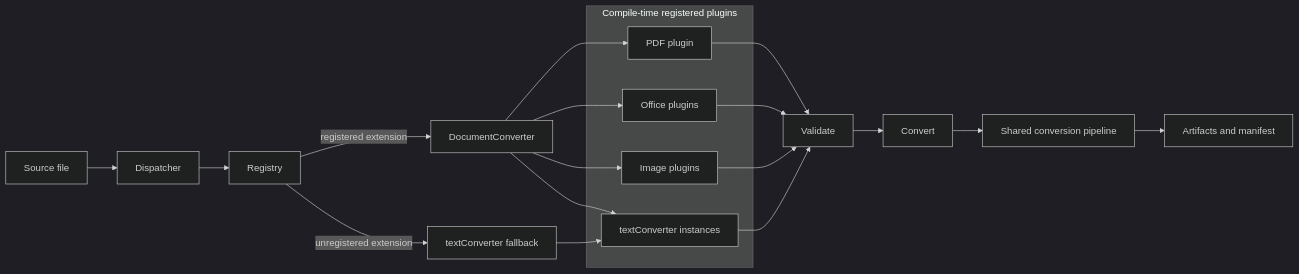
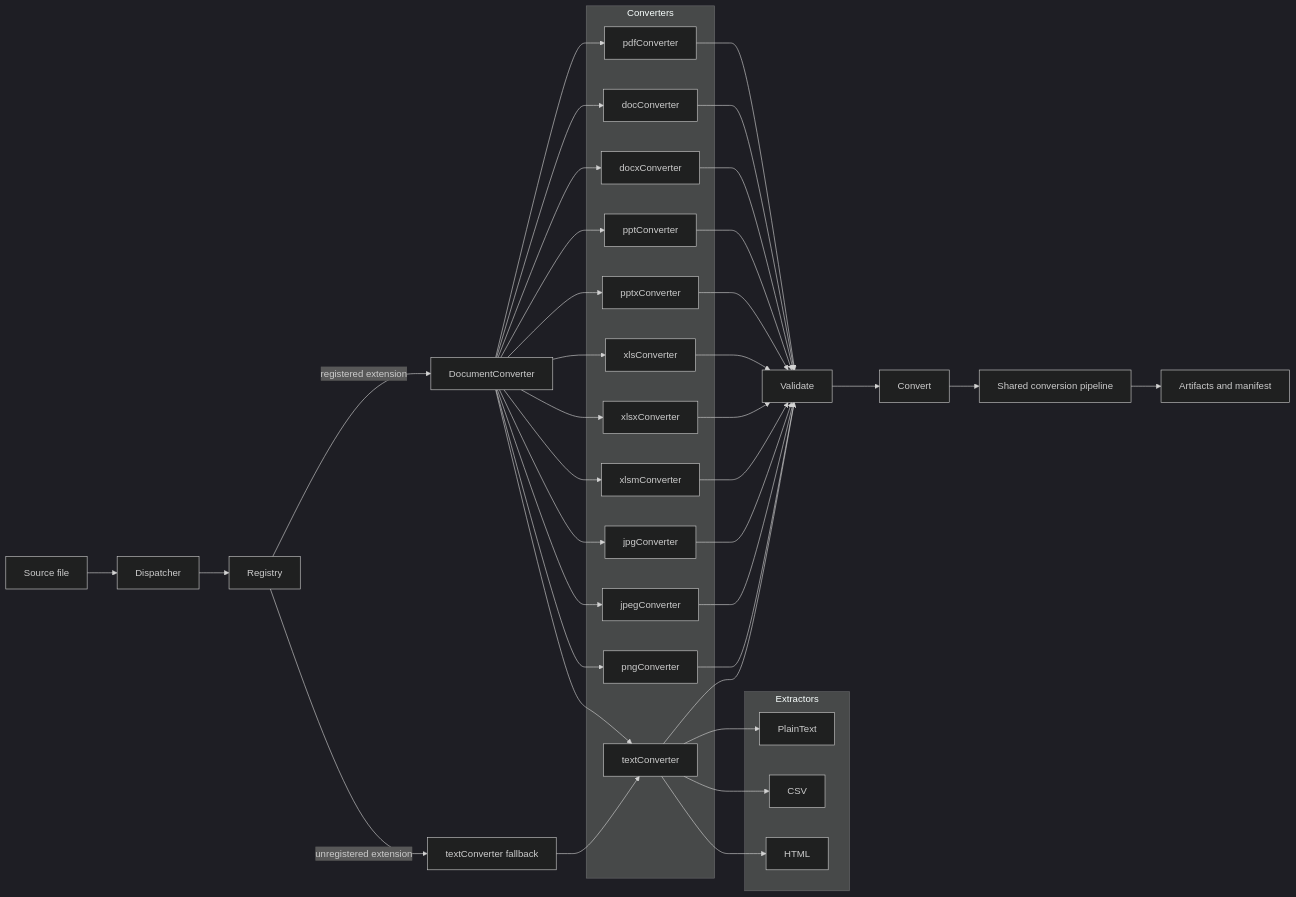
The second of 4 diagrams in DESIGN.md (mochizuki875/llm-file-gateway), drawn with Mermaid (dark theme) before and after one commit. The commit also changed other lines of this file and 9 other files, not shown here.

````diff
--- a/DESIGN.md
+++ b/DESIGN.md
@@ -78,28 +96,63 @@
 ```mermaid
 flowchart LR
   S[Source file] --> D[Dispatcher]
   D --> R[Registry]
   R -->|registered extension| P[DocumentConverter]
   R -->|unregistered extension| T[textConverter fallback]
 
-  subgraph Plugins[Compile-time registered plugins]
-    PDF[PDF plugin]
-    Office[Office plugins]
-    Image[Image plugins]
-    Text[textConverter instances]
+  subgraph Plugins[Converters]
+    PDF[pdfConverter]
+    DOC[docConverter]
+    DOCX[docxConverter]
+    PPT[pptConverter]
+    PPTX[pptxConverter]
+    XLS[xlsConverter]
+    XLSX[xlsxConverter]
+    XLSM[xlsmConverter]
+    JPG[jpgConverter]
+    JPEG[jpegConverter]
+    PNG[pngConverter]
+    Text[textConverter]
   end
 
   P --> PDF
-  P --> Office
-  P --> Image
+  P --> DOC
+  P --> DOCX
+  P --> PPT
+  P --> PPTX
+  P --> XLS
+  P --> XLSX
+  P --> XLSM
+  P --> JPG
+  P --> JPEG
+  P --> PNG
   P --> Text
   T --> Text
 
   PDF --> V[Validate]
-  Office --> V
-  Image --> V
-  Text --> V
+  DOC --> V[Validate]
+  DOCX --> V[Validate]
+  PPT --> V[Validate]
+  PPTX --> V[Validate]
+  XLS --> V[Validate]
+  XLSX --> V[Validate]
+  XLSM --> V[Validate]
+  JPG --> V[Validate]
+  JPEG --> V[Validate]
+  PNG --> V[Validate]
+  Text --> V[Validate]
+
+  Text --> Plain
+  Text --> CSV
+  Text --> HTML
+
+  subgraph Extractors[Extractors]
+    Plain[PlainText]
+    CSV[CSV]
+    HTML[HTML]
+  end
+
   V --> C[Convert]
   C --> Pipeline[Shared conversion pipeline]
   Pipeline --> Result[Artifacts and manifest]
 ```
````
